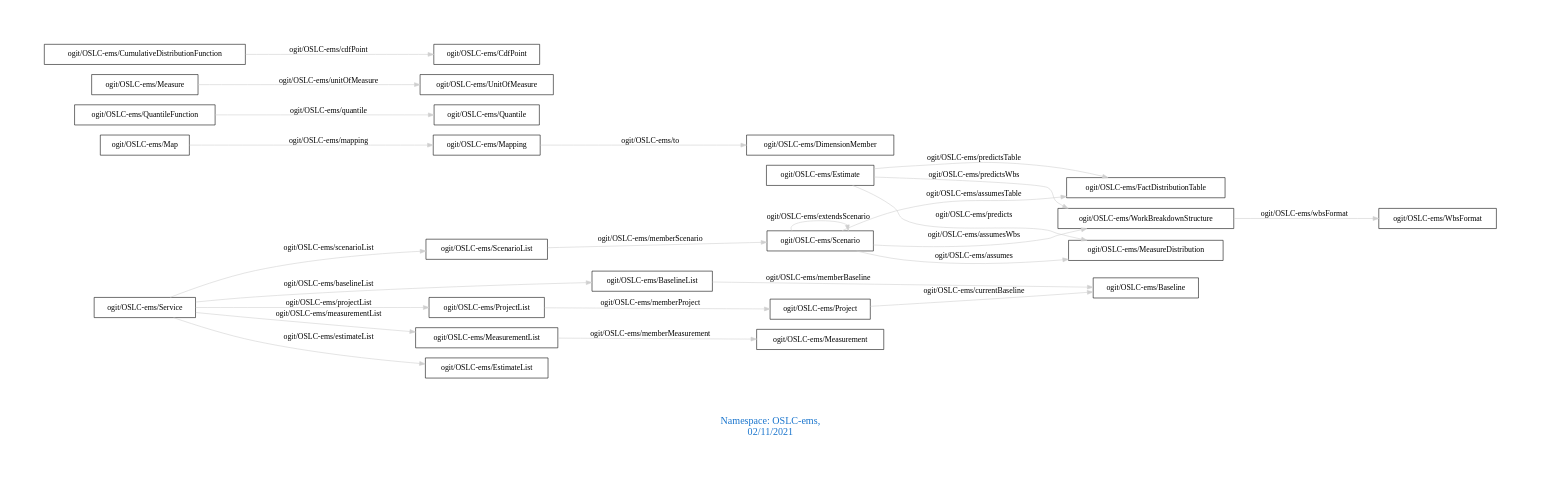
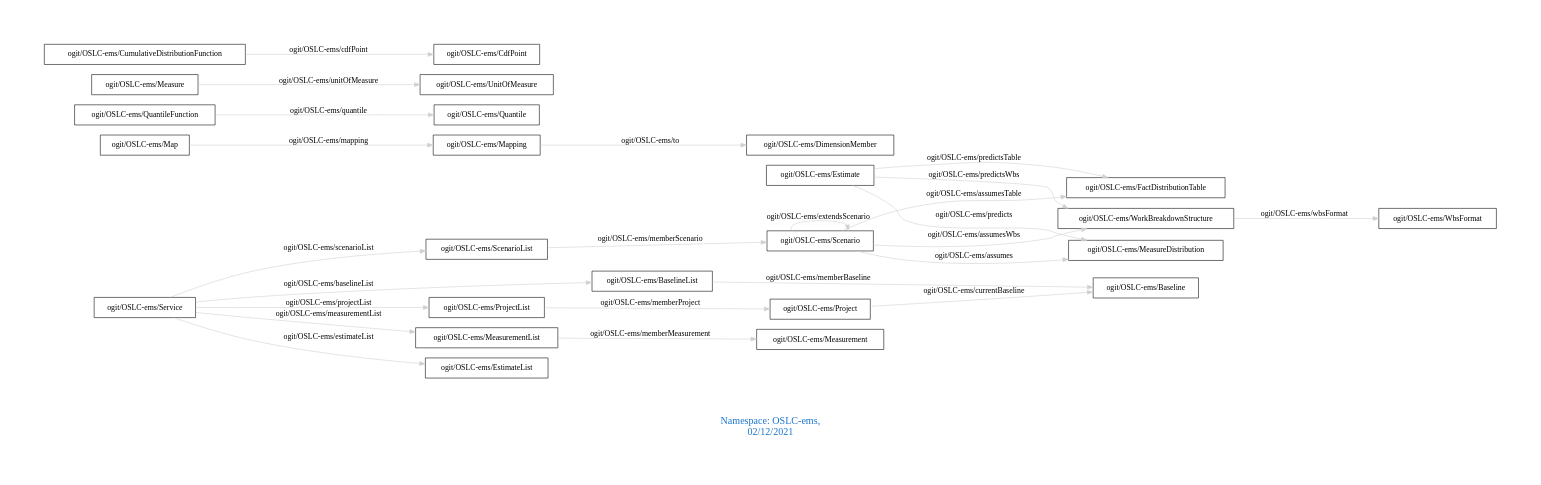
Before and after one commit to arago/OGIT: the diagram in downloads/OSLC-ems.dot, drawn with Graphviz. The commit also changed 1844 other files, not shown here.

```diff
--- a/downloads/OSLC-ems.dot
+++ b/downloads/OSLC-ems.dot
@@ -1,31 +1,31 @@
 digraph OGIT_ontology {
  graph [ rankdir= LR,pad=1 
 fontsize = 18,
-fontcolor= dodgerblue3,label = "\n\n\nNamespace: OSLC-ems, \n 02/11/2021"];
+fontcolor= dodgerblue3,label = "\n\n\nNamespace: OSLC-ems, \n 02/12/2021"];
 node[shape=polygon];
 edge [  color="gray81"];
 
    "ogit/OSLC-ems/Estimate" -> "ogit/OSLC-ems/MeasureDistribution" [label="   ogit/OSLC-ems/predicts    "];
    "ogit/OSLC-ems/Mapping" -> "ogit/OSLC-ems/DimensionMember" [label="   ogit/OSLC-ems/to    "];
    "ogit/OSLC-ems/Service" -> "ogit/OSLC-ems/ProjectList" [label="   ogit/OSLC-ems/projectList    "];
    "ogit/OSLC-ems/QuantileFunction" -> "ogit/OSLC-ems/Quantile" [label="   ogit/OSLC-ems/quantile    "];
    "ogit/OSLC-ems/Service" -> "ogit/OSLC-ems/ScenarioList" [label="   ogit/OSLC-ems/scenarioList    "];
    "ogit/OSLC-ems/Measure" -> "ogit/OSLC-ems/UnitOfMeasure" [label="   ogit/OSLC-ems/unitOfMeasure    "];
    "ogit/OSLC-ems/ScenarioList" -> "ogit/OSLC-ems/Scenario" [label="   ogit/OSLC-ems/memberScenario    "];
    "ogit/OSLC-ems/Estimate" -> "ogit/OSLC-ems/FactDistributionTable" [label="   ogit/OSLC-ems/predictsTable    "];
    "ogit/OSLC-ems/BaselineList" -> "ogit/OSLC-ems/Baseline" [label="   ogit/OSLC-ems/memberBaseline    "];
    "ogit/OSLC-ems/Scenario" -> "ogit/OSLC-ems/WorkBreakdownStructure" [label="   ogit/OSLC-ems/assumesWbs    "];
    "ogit/OSLC-ems/CumulativeDistributionFunction" -> "ogit/OSLC-ems/CdfPoint" [label="   ogit/OSLC-ems/cdfPoint    "];
    "ogit/OSLC-ems/Project" -> "ogit/OSLC-ems/Baseline" [label="   ogit/OSLC-ems/currentBaseline    "];
    "ogit/OSLC-ems/ProjectList" -> "ogit/OSLC-ems/Project" [label="   ogit/OSLC-ems/memberProject    "];
    "ogit/OSLC-ems/Service" -> "ogit/OSLC-ems/BaselineList" [label="   ogit/OSLC-ems/baselineList    "];
    "ogit/OSLC-ems/Estimate" -> "ogit/OSLC-ems/WorkBreakdownStructure" [label="   ogit/OSLC-ems/predictsWbs    "];
    "ogit/OSLC-ems/Map" -> "ogit/OSLC-ems/Mapping" [label="   ogit/OSLC-ems/mapping    "];
    "ogit/OSLC-ems/MeasurementList" -> "ogit/OSLC-ems/Measurement" [label="   ogit/OSLC-ems/memberMeasurement    "];
    "ogit/OSLC-ems/Service" -> "ogit/OSLC-ems/MeasurementList" [label="   ogit/OSLC-ems/measurementList    "];
    "ogit/OSLC-ems/WorkBreakdownStructure" -> "ogit/OSLC-ems/WbsFormat" [label="   ogit/OSLC-ems/wbsFormat    "];
    "ogit/OSLC-ems/Service" -> "ogit/OSLC-ems/EstimateList" [label="   ogit/OSLC-ems/estimateList    "];
    "ogit/OSLC-ems/Scenario" -> "ogit/OSLC-ems/MeasureDistribution" [label="   ogit/OSLC-ems/assumes    "];
    "ogit/OSLC-ems/Scenario" -> "ogit/OSLC-ems/FactDistributionTable" [label="   ogit/OSLC-ems/assumesTable    "];
    "ogit/OSLC-ems/Scenario" -> "ogit/OSLC-ems/Scenario" [label="   ogit/OSLC-ems/extendsScenario    "];
 }
```
